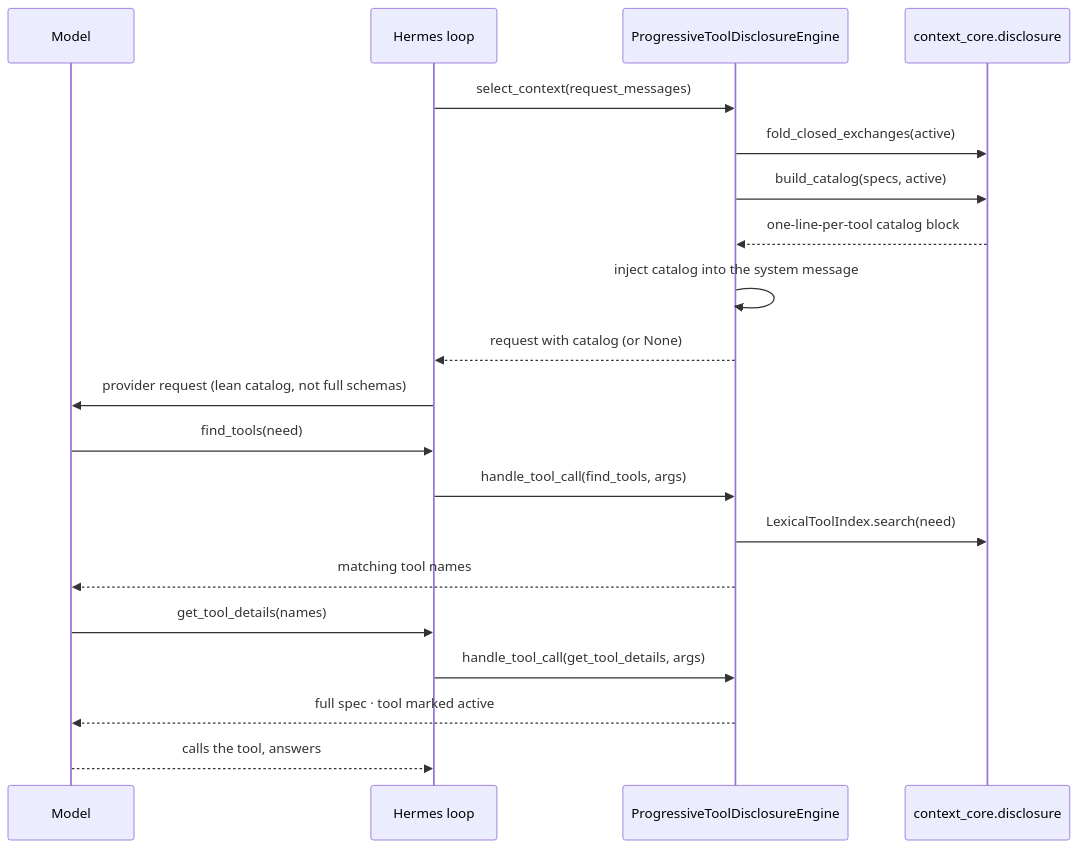
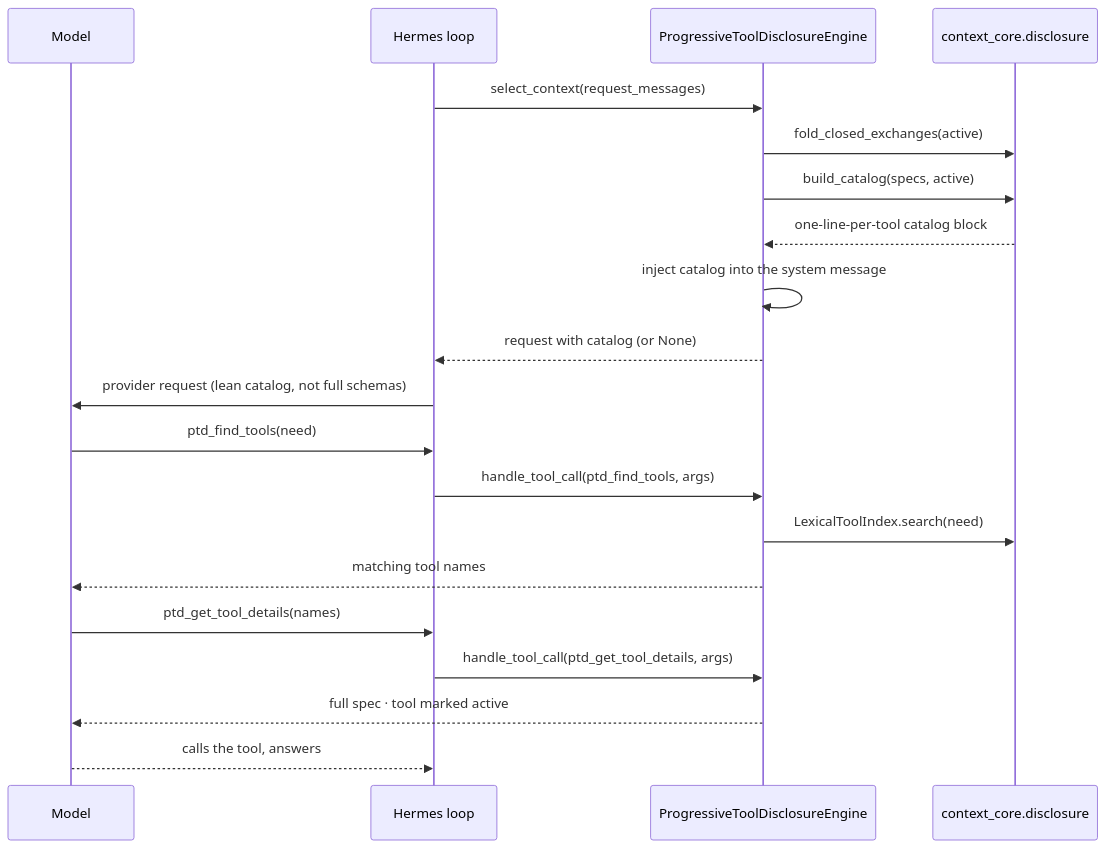
The diagram in docs/design/sequence/hermes/sequence-b-disclosure.md (aws-samples/sample-context-engineering), drawn with Mermaid before and after one commit. The commit also changed other lines of this file and 124 other files, not shown here.

````diff
--- a/docs/design/sequence/hermes/sequence-b-disclosure.md
+++ b/docs/design/sequence/hermes/sequence-b-disclosure.md
@@ -39,23 +39,23 @@
 ```mermaid
 sequenceDiagram
     participant M as Model
     participant H as Hermes loop
     participant E as ProgressiveToolDisclosureEngine
     participant C as context_core.disclosure
 
     H->>E: select_context(request_messages)
     E->>C: fold_closed_exchanges(active)
     E->>C: build_catalog(specs, active)
     C-->>E: one-line-per-tool catalog block
     E->>E: inject catalog into the system message
     E-->>H: request with catalog (or None)
     H->>M: provider request (lean catalog, not full schemas)
-    M->>H: find_tools(need)
-    H->>E: handle_tool_call(find_tools, args)
+    M->>H: ptd_find_tools(need)
+    H->>E: handle_tool_call(ptd_find_tools, args)
     E->>C: LexicalToolIndex.search(need)
     E-->>M: matching tool names
-    M->>H: get_tool_details(names)
-    H->>E: handle_tool_call(get_tool_details, args)
+    M->>H: ptd_get_tool_details(names)
+    H->>E: handle_tool_call(ptd_get_tool_details, args)
     E-->>M: full spec · tool marked active
     M-->>H: calls the tool, answers
 ```
````
